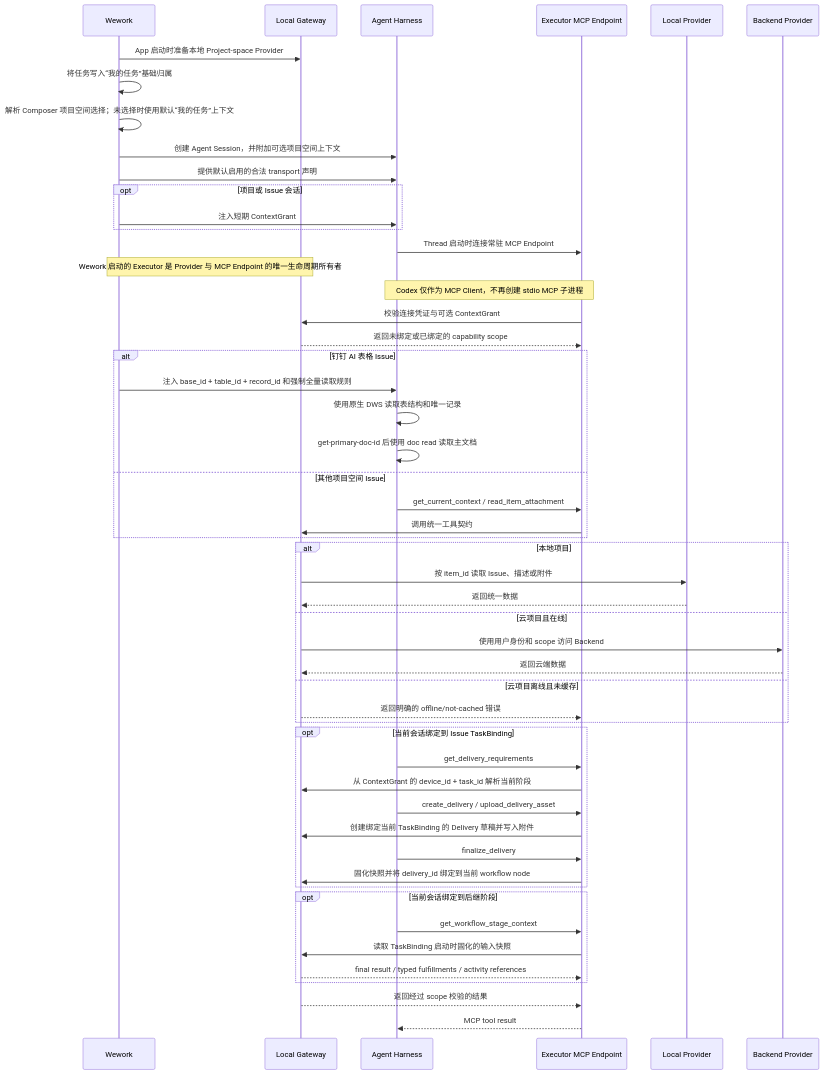
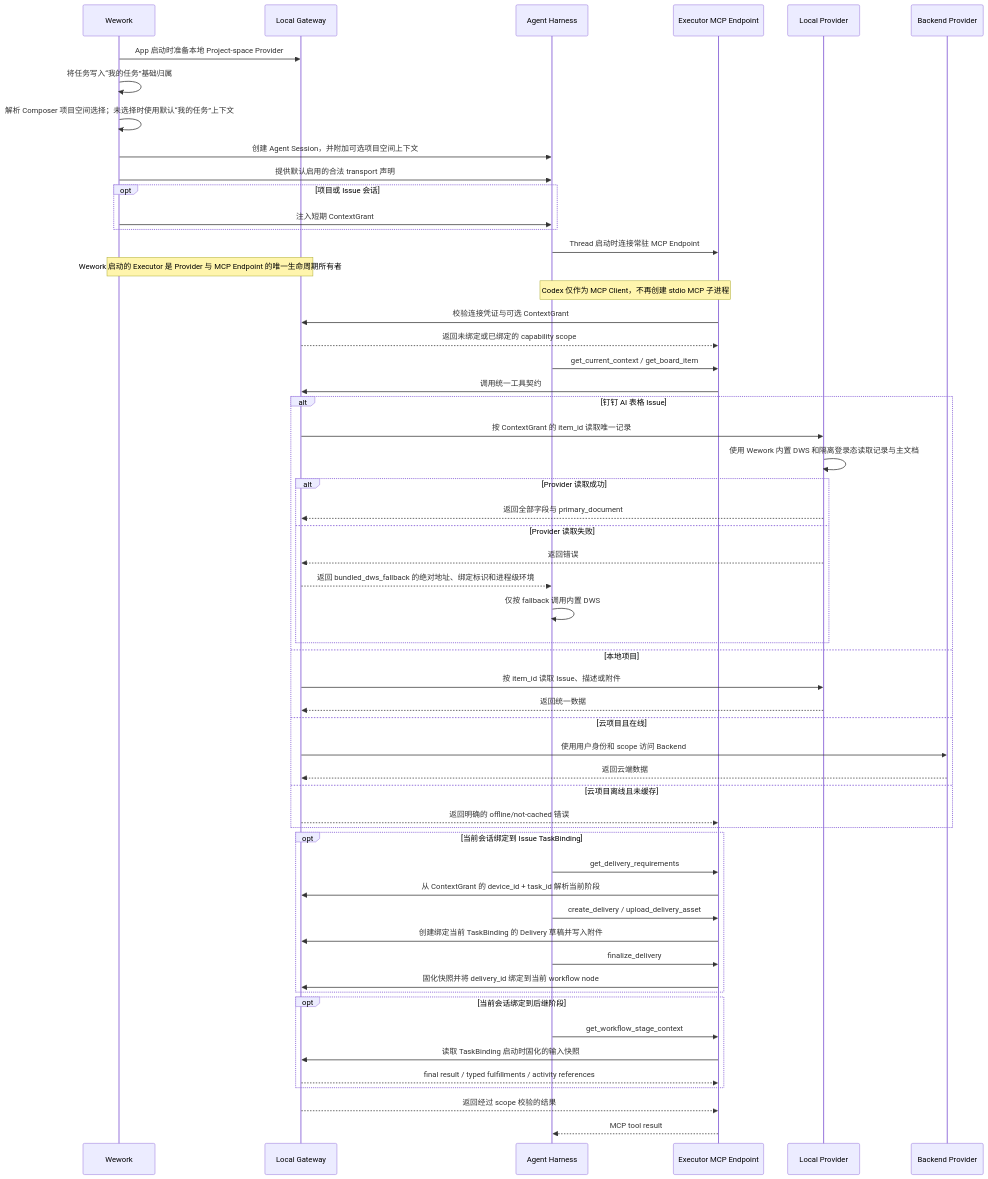
Before and after one commit to wecode-ai/Wegent: the second of 2 diagrams in docs/zh/architecture/project-space-agent-capability.md, drawn with Mermaid. The commit also changed other lines of this file and 9 other files, not shown here.

````diff
--- a/docs/zh/architecture/project-space-agent-capability.md
+++ b/docs/zh/architecture/project-space-agent-capability.md
@@ -36,55 +38,59 @@
 ```mermaid
 sequenceDiagram
     participant W as Wework
     participant G as Local Gateway
     participant H as Agent Harness
     participant P as Executor MCP Endpoint
     participant L as Local Provider
     participant B as Backend Provider
 
     W->>G: App 启动时准备本地 Project-space Provider
     W->>W: 将任务写入“我的任务”基础归属
     W->>W: 解析 Composer 项目空间选择；未选择时使用默认“我的任务”上下文
     W->>H: 创建 Agent Session，并附加可选项目空间上下文
     W->>H: 提供默认启用的合法 transport 声明
     opt 项目或 Issue 会话
         W->>H: 注入短期 ContextGrant
     end
     H->>P: Thread 启动时连接常驻 MCP Endpoint
     Note over W,G: Wework 启动的 Executor 是 Provider 与 MCP Endpoint 的唯一生命周期所有者
     Note over H,P: Codex 仅作为 MCP Client，不再创建 stdio MCP 子进程
     P->>G: 校验连接凭证与可选 ContextGrant
     G-->>P: 返回未绑定或已绑定的 capability scope
+    H->>P: get_current_context / get_board_item
+    P->>G: 调用统一工具契约
     alt 钉钉 AI 表格 Issue
-        W->>H: 注入 base_id + table_id + record_id 和强制全量读取规则
-        H->>H: 使用原生 DWS 读取表结构和唯一记录
-        H->>H: get-primary-doc-id 后使用 doc read 读取主文档
-    else 其他项目空间 Issue
-        H->>P: get_current_context / read_item_attachment
-        P->>G: 调用统一工具契约
-    end
-    alt 本地项目
+        G->>L: 按 ContextGrant 的 item_id 读取唯一记录
+        L->>L: 使用 Wework 内置 DWS 和隔离登录态读取记录与主文档
+        alt Provider 读取成功
+            L-->>G: 返回全部字段与 primary_document
+        else Provider 读取失败
+            L-->>G: 返回错误
+            G-->>H: 返回 bundled_dws_fallback 的绝对地址、绑定标识和进程级环境
+            H->>H: 仅按 fallback 调用内置 DWS
+        end
+    else 本地项目
         G->>L: 按 item_id 读取 Issue、描述或附件
         L-->>G: 返回统一数据
     else 云项目且在线
         G->>B: 使用用户身份和 scope 访问 Backend
         B-->>G: 返回云端数据
     else 云项目离线且未缓存
         G-->>P: 返回明确的 offline/not-cached 错误
     end
     opt 当前会话绑定到 Issue TaskBinding
         H->>P: get_delivery_requirements
         P->>G: 从 ContextGrant 的 device_id + task_id 解析当前阶段
         H->>P: create_delivery / upload_delivery_asset
         P->>G: 创建绑定当前 TaskBinding 的 Delivery 草稿并写入附件
         H->>P: finalize_delivery
         P->>G: 固化快照并将 delivery_id 绑定到当前 workflow node
     end
     opt 当前会话绑定到后继阶段
         H->>P: get_workflow_stage_context
         P->>G: 读取 TaskBinding 启动时固化的输入快照
         G-->>P: final result / typed fulfillments / activity references
     end
     G-->>P: 返回经过 scope 校验的结果
     P-->>H: MCP tool result
 ```
````
